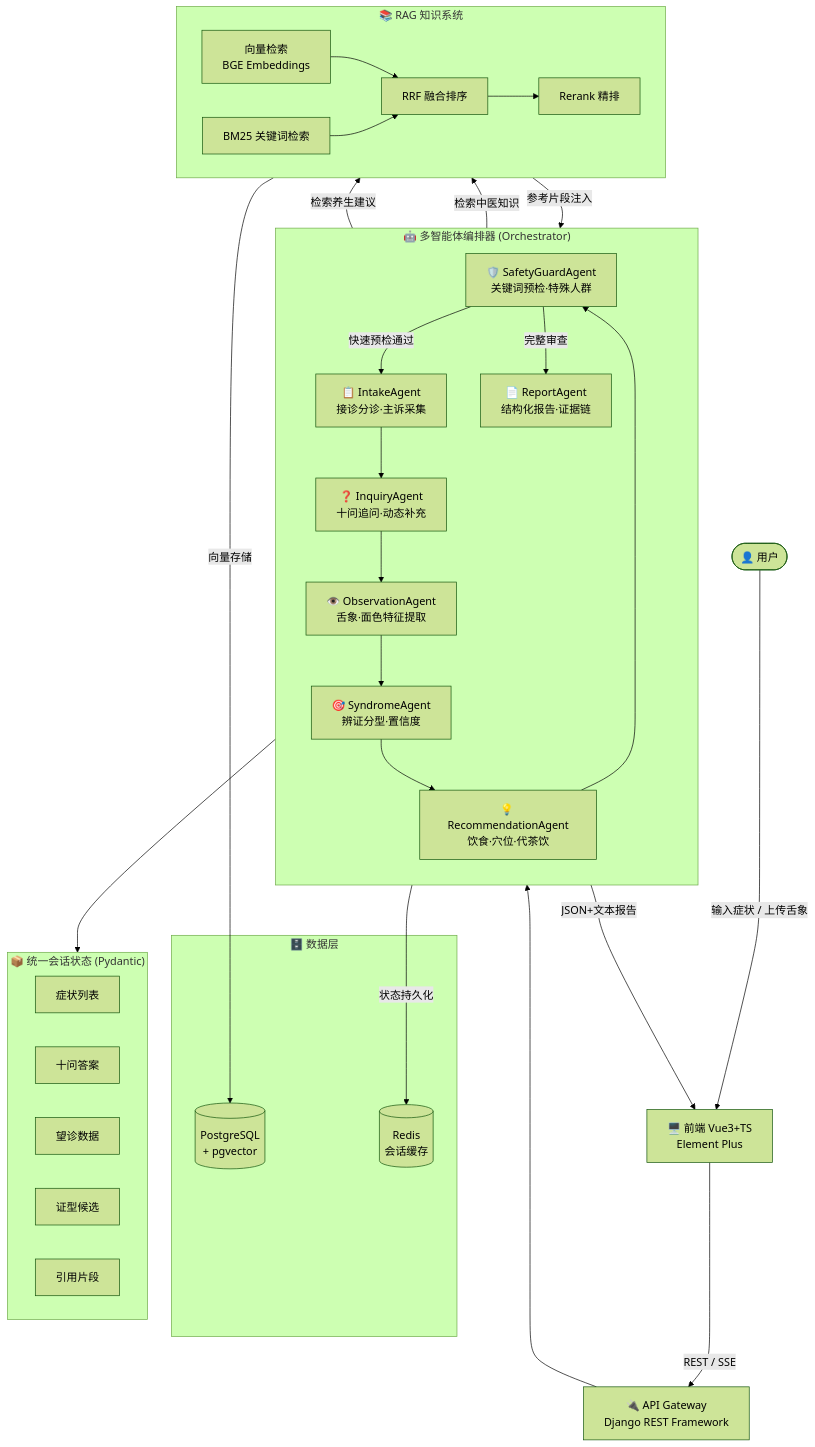
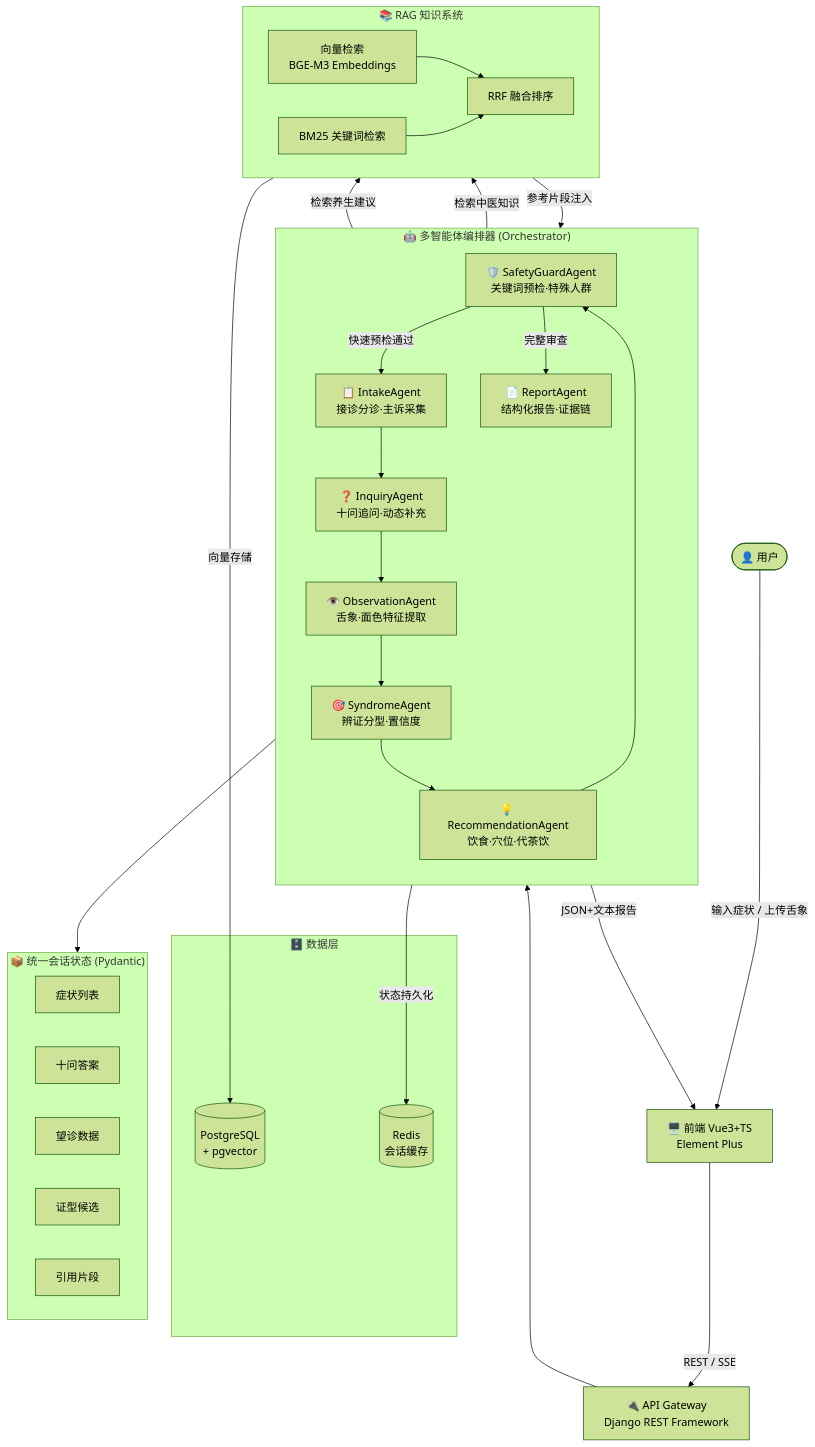
Before and after one commit to Rysnz/Tcm-agent-system: the diagram in README.md, drawn with Mermaid (forest theme). The commit also changed other lines of this file, not shown here.

````diff
--- a/README.md
+++ b/README.md
@@ -32,60 +32,58 @@
 ```mermaid
 flowchart TD
     User(["👤 用户"]) -->|输入症状 / 上传舌象| Frontend["🖥️ 前端 Vue3+TS\nElement Plus"]
     Frontend -->|REST / SSE| API["🔌 API Gateway\nDjango REST Framework"]
 
     subgraph MultiAgentOrchestrator["🤖 多智能体编排器 (Orchestrator)"]
         direction TB
         SA["🛡️ SafetyGuardAgent\n关键词预检·特殊人群"]
         IA["📋 IntakeAgent\n接诊分诊·主诉采集"]
         IQ["❓ InquiryAgent\n十问追问·动态补充"]
         OA["👁️ ObservationAgent\n舌象·面色特征提取"]
         SYN["🎯 SyndromeAgent\n辨证分型·置信度"]
         RA["💡 RecommendationAgent\n饮食·穴位·代茶饮"]
         RPT["📄 ReportAgent\n结构化报告·证据链"]
 
         SA -->|快速预检通过| IA
         IA --> IQ
         IQ --> OA
         OA --> SYN
         SYN --> RA
         RA --> SA
         SA -->|完整审查| RPT
     end
 
     API --> MultiAgentOrchestrator
 
     subgraph RAGSystem["📚 RAG 知识系统"]
-        VectorSearch["向量检索\nBGE Embeddings"]
+        VectorSearch["向量检索\nBGE-M3 Embeddings"]
         BM25Search["BM25 关键词检索"]
         RRFFusion["RRF 融合排序"]
-        Rerank["Rerank 精排"]
         VectorSearch --> RRFFusion
         BM25Search --> RRFFusion
-        RRFFusion --> Rerank
     end
 
     SYN -->|检索中医知识| RAGSystem
     RA -->|检索养生建议| RAGSystem
     RAGSystem -->|参考片段注入| SYN
 
     subgraph DataLayer["🗄️ 数据层"]
         PG[("PostgreSQL\n+ pgvector")]
         Redis[("Redis\n会话缓存")]
     end
 
     MultiAgentOrchestrator -->|状态持久化| Redis
     RAGSystem -->|向量存储| PG
 
     subgraph SessionState["📦 统一会话状态 (Pydantic)"]
         symptoms["症状列表"]
         inquiry["十问答案"]
         observation["望诊数据"]
         syndrome["证型候选"]
         refs["引用片段"]
     end
 
     MultiAgentOrchestrator --> SessionState
 
     RPT -->|JSON+文本报告| Frontend
 ```
````
